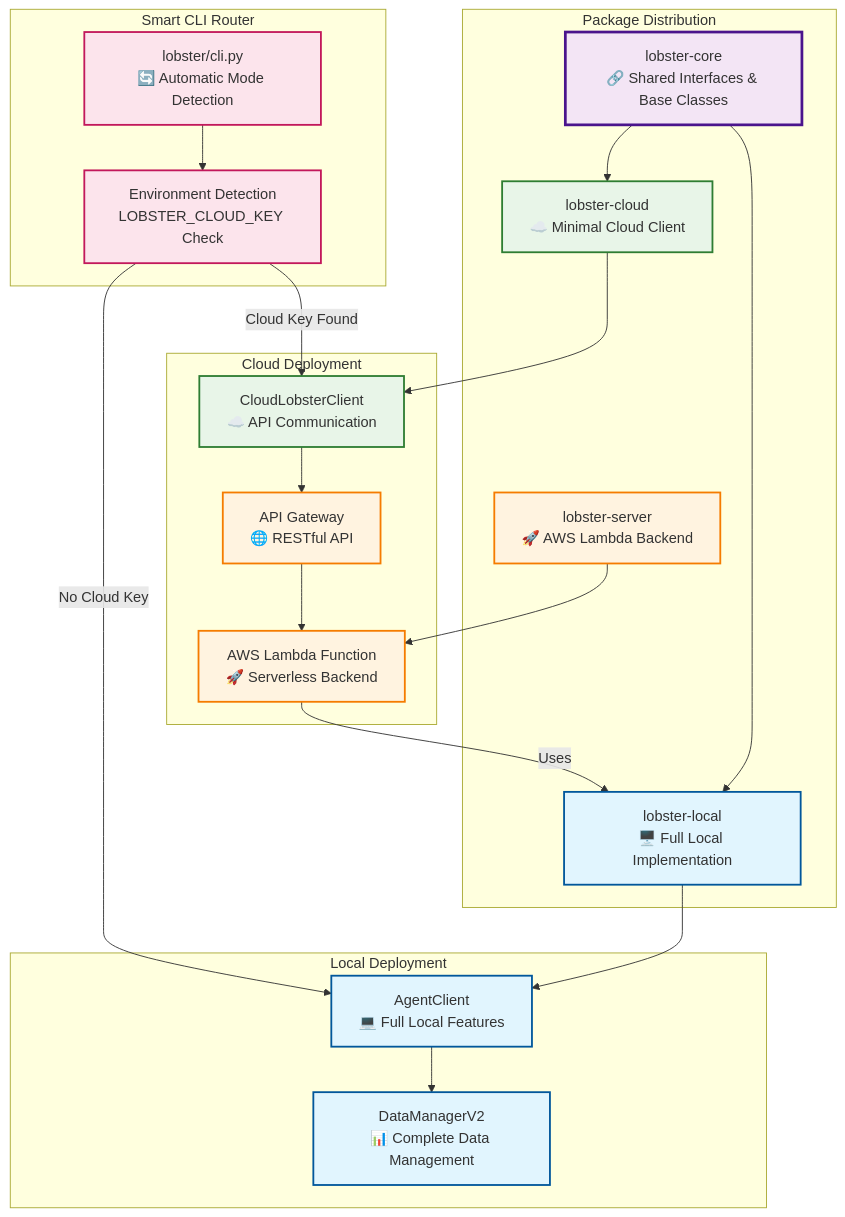
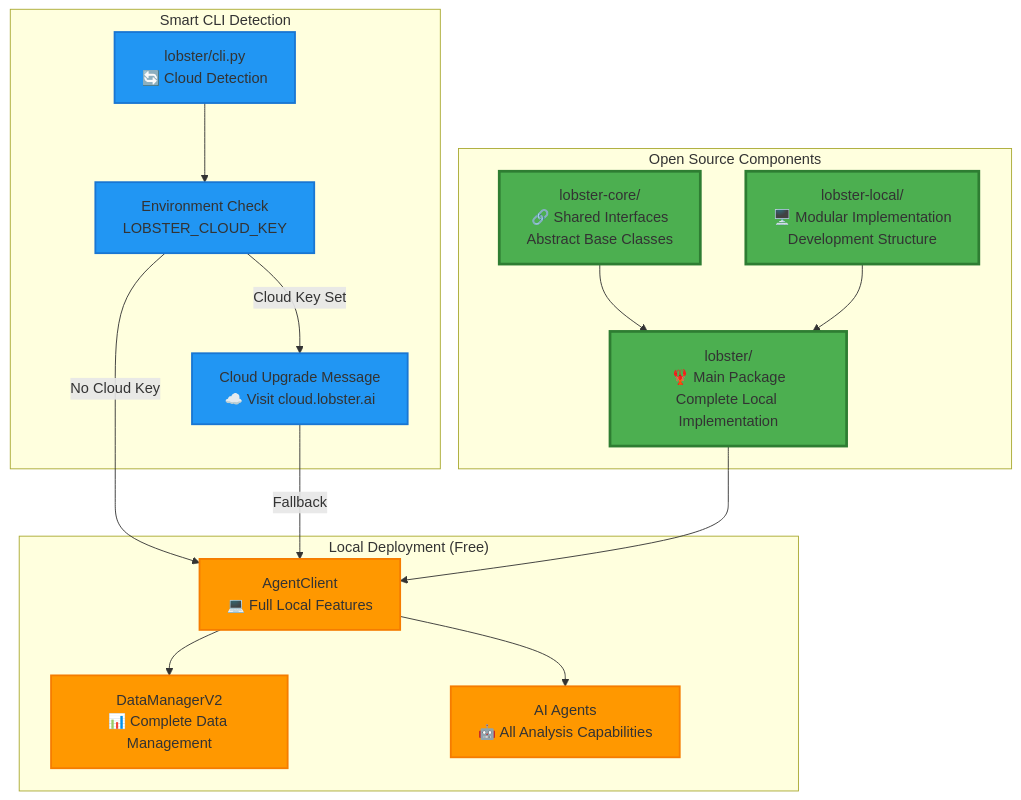
The first of 6 diagrams in docs/architecture_diagram.md (the-omics-os/lobster-local), drawn with Mermaid before and after one commit. The commit also changed other lines of this file and 29 other files, not shown here.

Commit message:
major restructuring, preparing for open source launch

````diff
--- a/docs/architecture_diagram.md
+++ b/docs/architecture_diagram.md
@@ -9,52 +9,40 @@
 ```mermaid
 graph TB
-    subgraph "Package Distribution"
-        CORE[lobster-core<br/>🔗 Shared Interfaces & Base Classes]
-        LOCAL[lobster-local<br/>🖥️ Full Local Implementation]
-        CLOUD[lobster-cloud<br/>☁️ Minimal Cloud Client]
-        SERVER[lobster-server<br/>🚀 AWS Lambda Backend]
+    subgraph "Open Source Components"
+        MAIN[lobster/<br/>🦞 Main Package<br/>Complete Local Implementation]
+        CORE[lobster-core/<br/>🔗 Shared Interfaces<br/>Abstract Base Classes]
+        LOCAL[lobster-local/<br/>🖥️ Modular Implementation<br/>Development Structure]
     end
 
-    subgraph "Smart CLI Router"
-        CLI[lobster/cli.py<br/>🔄 Automatic Mode Detection]
-        DETECT[Environment Detection<br/>LOBSTER_CLOUD_KEY Check]
+    subgraph "Smart CLI Detection"
+        CLI[lobster/cli.py<br/>🔄 Cloud Detection]
+        DETECT[Environment Check<br/>LOBSTER_CLOUD_KEY]
+        MESSAGE[Cloud Upgrade Message<br/>☁️ Visit cloud.lobster.ai]
     end
 
-    subgraph "Local Deployment"
-        LOCAL_CLIENT[AgentClient<br/>💻 Full Local Features]
-        LOCAL_DM[DataManagerV2<br/>📊 Complete Data Management]
-    end
-
-    subgraph "Cloud Deployment"
-        CLOUD_CLIENT[CloudLobsterClient<br/>☁️ API Communication]
-        AWS_LAMBDA[AWS Lambda Function<br/>🚀 Serverless Backend]
-        API_GATEWAY[API Gateway<br/>🌐 RESTful API]
+    subgraph "Local Deployment (Free)"
+        CLIENT[AgentClient<br/>💻 Full Local Features]
+        DM[DataManagerV2<br/>📊 Complete Data Management]
+        AGENTS[AI Agents<br/>🤖 All Analysis Capabilities]
     end
 
     CLI --> DETECT
-    DETECT --> |No Cloud Key| LOCAL_CLIENT
-    DETECT --> |Cloud Key Found| CLOUD_CLIENT
+    DETECT --> |No Cloud Key| CLIENT
+    DETECT --> |Cloud Key Set| MESSAGE
+    MESSAGE --> |Fallback| CLIENT
     
-    LOCAL_CLIENT --> LOCAL_DM
-    CLOUD_CLIENT --> API_GATEWAY
-    API_GATEWAY --> AWS_LAMBDA
-    AWS_LAMBDA --> |Uses| LOCAL
+    CLIENT --> DM
+    CLIENT --> AGENTS
+    
+    MAIN --> CLIENT
+    CORE --> MAIN
+    LOCAL --> MAIN
 
-    CORE --> LOCAL
-    CORE --> CLOUD
-    LOCAL --> LOCAL_CLIENT
-    CLOUD --> CLOUD_CLIENT
-    SERVER --> AWS_LAMBDA
+    classDef opensource fill:#4caf50,stroke:#2e7d32,stroke-width:3px
+    classDef cli fill:#2196f3,stroke:#1976d2,stroke-width:2px
+    classDef local fill:#ff9800,stroke:#f57c00,stroke-width:2px
 
-    classDef core fill:#f3e5f5,stroke:#4a148c,stroke-width:3px
-    classDef local fill:#e1f5fe,stroke:#01579b,stroke-width:2px
-    classDef cloud fill:#e8f5e8,stroke:#2e7d32,stroke-width:2px
-    classDef aws fill:#fff3e0,stroke:#f57c00,stroke-width:2px
-    classDef cli fill:#fce4ec,stroke:#c2185b,stroke-width:2px
-
-    class CORE core
-    class LOCAL,LOCAL_CLIENT,LOCAL_DM local
-    class CLOUD,CLOUD_CLIENT cloud
-    class SERVER,AWS_LAMBDA,API_GATEWAY aws
-    class CLI,DETECT cli
+    class MAIN,CORE,LOCAL opensource
+    class CLI,DETECT,MESSAGE cli
+    class CLIENT,DM,AGENTS local
 ```
````
